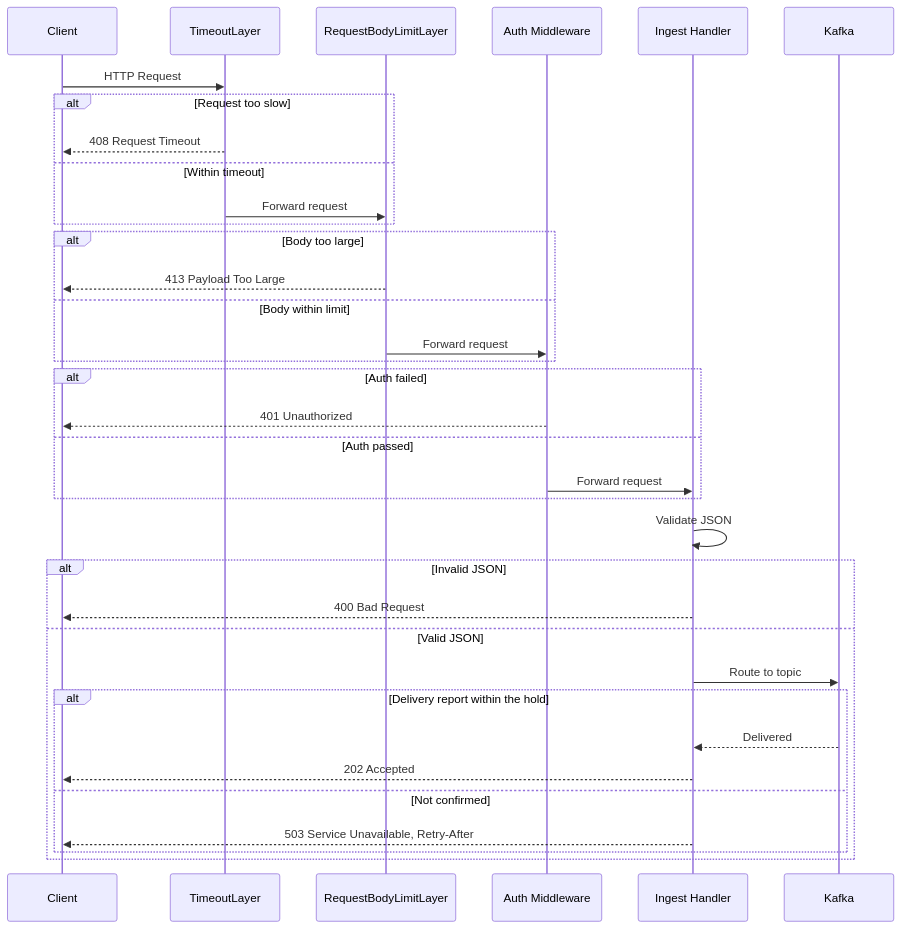
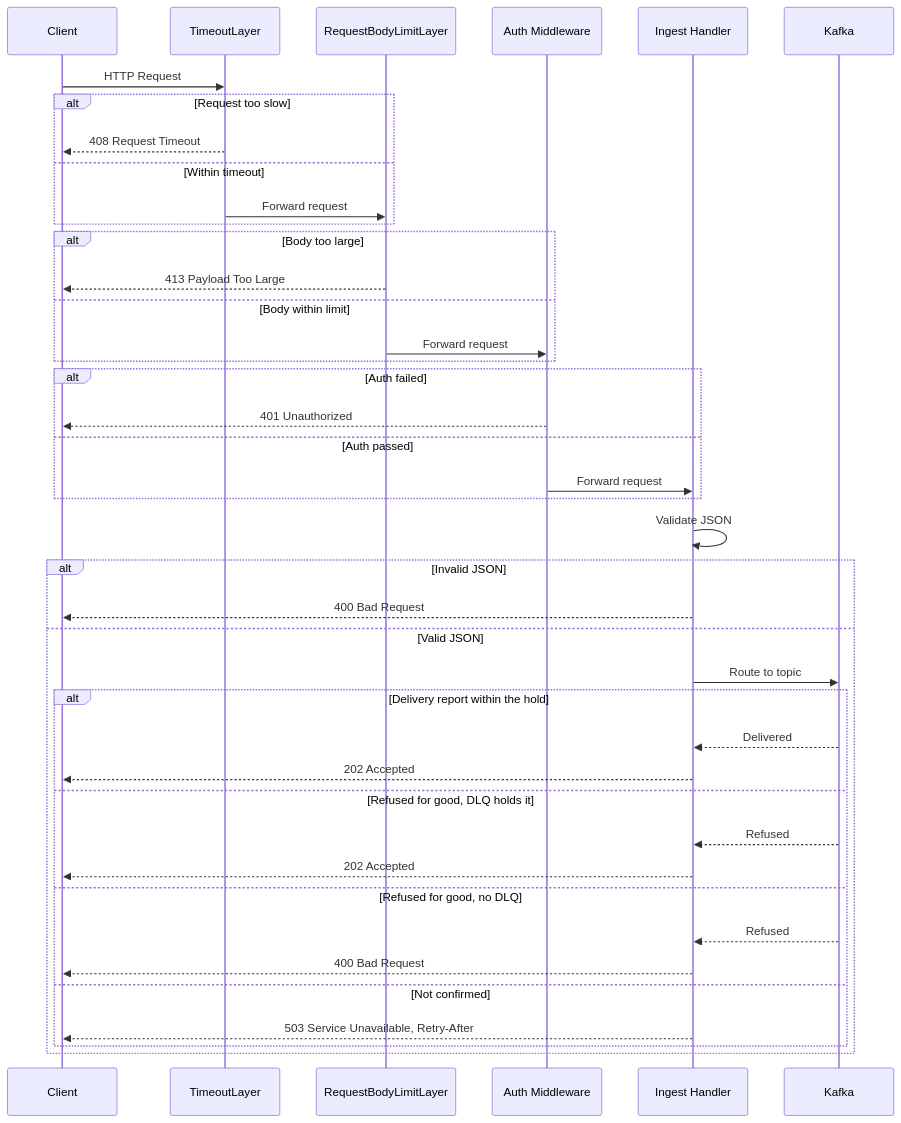
One commit to hyperi-io/dfe-receiver changed the fourth of 4 diagrams in docs/internals.md. Above: the diagram before and after it, drawn with Mermaid. The commit also changed other lines of this file and 67 other files, not shown here.

````diff
--- a/docs/internals.md
+++ b/docs/internals.md
@@ -689,42 +704,48 @@
 ```mermaid
 sequenceDiagram
     participant Client
     participant Timeout as TimeoutLayer
     participant BodyLimit as RequestBodyLimitLayer
     participant Auth as Auth Middleware
     participant Handler as Ingest Handler
     participant Kafka
 
     Client->>Timeout: HTTP Request
 
     alt Request too slow
         Timeout-->>Client: 408 Request Timeout
     else Within timeout
         Timeout->>BodyLimit: Forward request
     end
 
     alt Body too large
         BodyLimit-->>Client: 413 Payload Too Large
     else Body within limit
         BodyLimit->>Auth: Forward request
     end
 
     alt Auth failed
         Auth-->>Client: 401 Unauthorized
     else Auth passed
         Auth->>Handler: Forward request
     end
 
     Handler->>Handler: Validate JSON
     alt Invalid JSON
         Handler-->>Client: 400 Bad Request
     else Valid JSON
         Handler->>Kafka: Route to topic
         alt Delivery report within the hold
             Kafka-->>Handler: Delivered
             Handler-->>Client: 202 Accepted
+        else Refused for good, DLQ holds it
+            Kafka-->>Handler: Refused
+            Handler-->>Client: 202 Accepted
+        else Refused for good, no DLQ
+            Kafka-->>Handler: Refused
+            Handler-->>Client: 400 Bad Request
         else Not confirmed
             Handler-->>Client: 503 Service Unavailable, Retry-After
         end
     end
 ```
````
